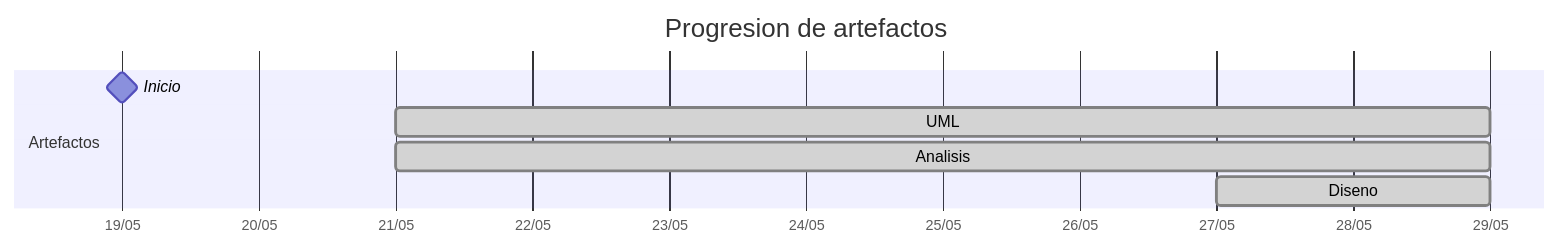
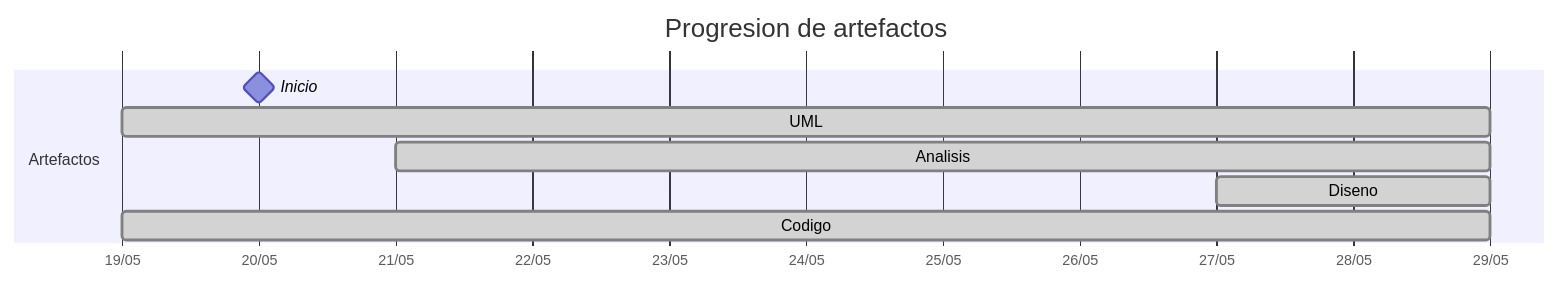
One commit to carlos-alvarado-25/25-26-idsw2-sdVC changed the diagram in TIMELINES/martinlopez7.md. Above: the diagram before and after it, drawn with Mermaid. The commit also changed other lines of this file and 2 other files, not shown here.

````diff
--- a/TIMELINES/martinlopez7.md
+++ b/TIMELINES/martinlopez7.md
@@ -22,11 +22,12 @@
 ```mermaid
 gantt
     title Progresion de artefactos
     dateFormat YYYY-MM-DD
     axisFormat %d/%m
     section Artefactos
-        Inicio       :milestone, 2026-05-19, 0d
-        UML          :done, 2026-05-21, 2026-05-29
+        Inicio       :milestone, 2026-05-20, 0d
+        UML          :done, 2026-05-19, 2026-05-29
         Analisis     :done, 2026-05-21, 2026-05-29
         Diseno       :done, 2026-05-27, 2026-05-29
+        Codigo       :done, 2026-05-19, 2026-05-29
 ```
````
